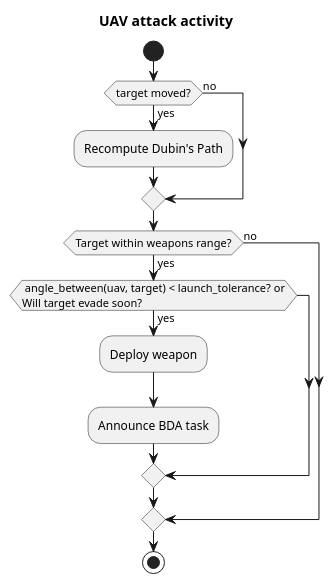
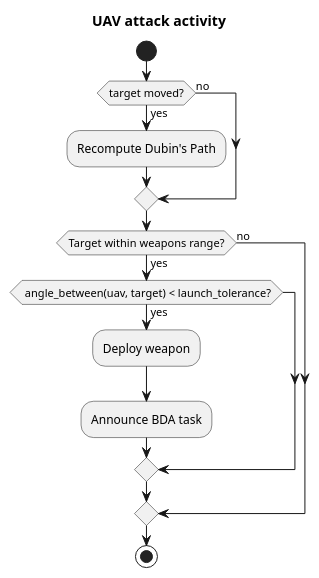
Before and after one commit to tansir1/thesis: the diagram in dissertation/diagrams/uav_activity_attack.pu, drawn with PlantUML. The commit also changed 6 other files, not shown here.

```diff
--- a/dissertation/diagrams/uav_activity_attack.pu
+++ b/dissertation/diagrams/uav_activity_attack.pu
@@ -1,21 +1,21 @@
 @startuml
 
 title UAV attack activity
 
 start
 
 if (target moved?) then (yes)
   :Recompute Dubin's Path;
 else (no)
 endif
 
 if (Target within weapons range?) then (yes)
-  if( angle_between(uav, target) < launch_tolerance? or\nWill target evade soon?) then (yes)
+  if( angle_between(uav, target) < launch_tolerance?) then (yes)
     :Deploy weapon;
     :Announce BDA task;
   endif
 else (no)
 endif
 
 stop
 @enduml
```
